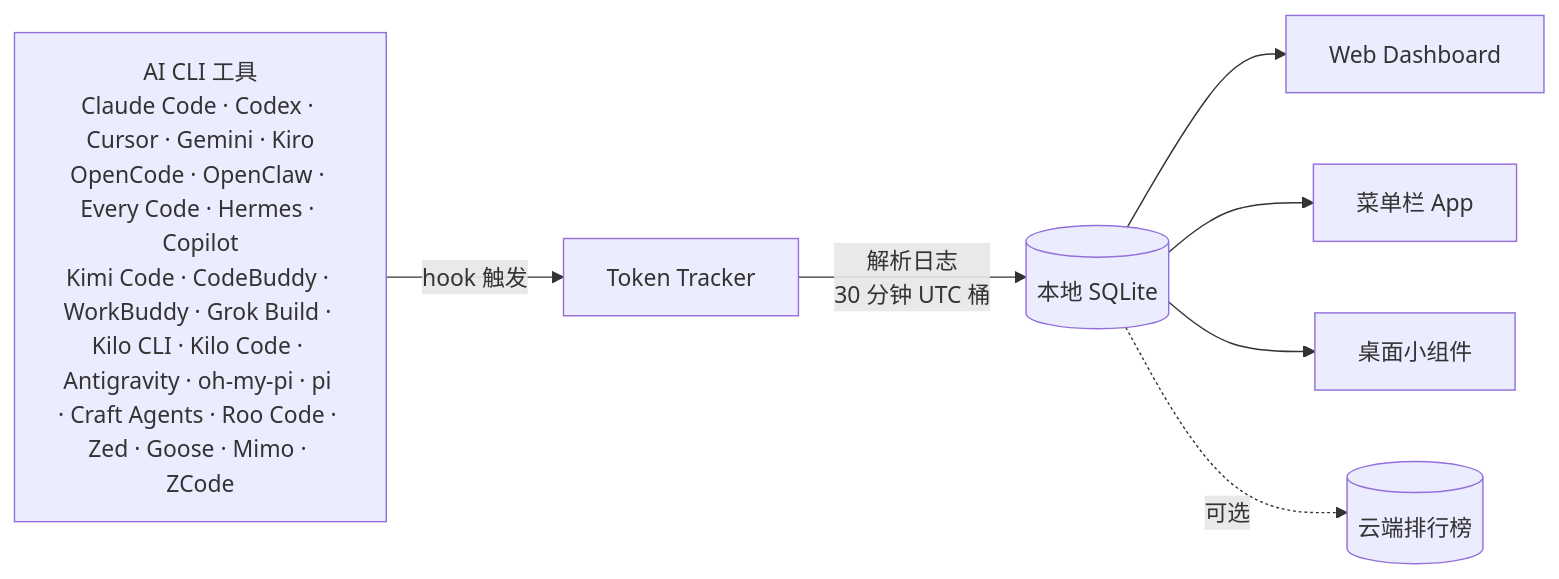
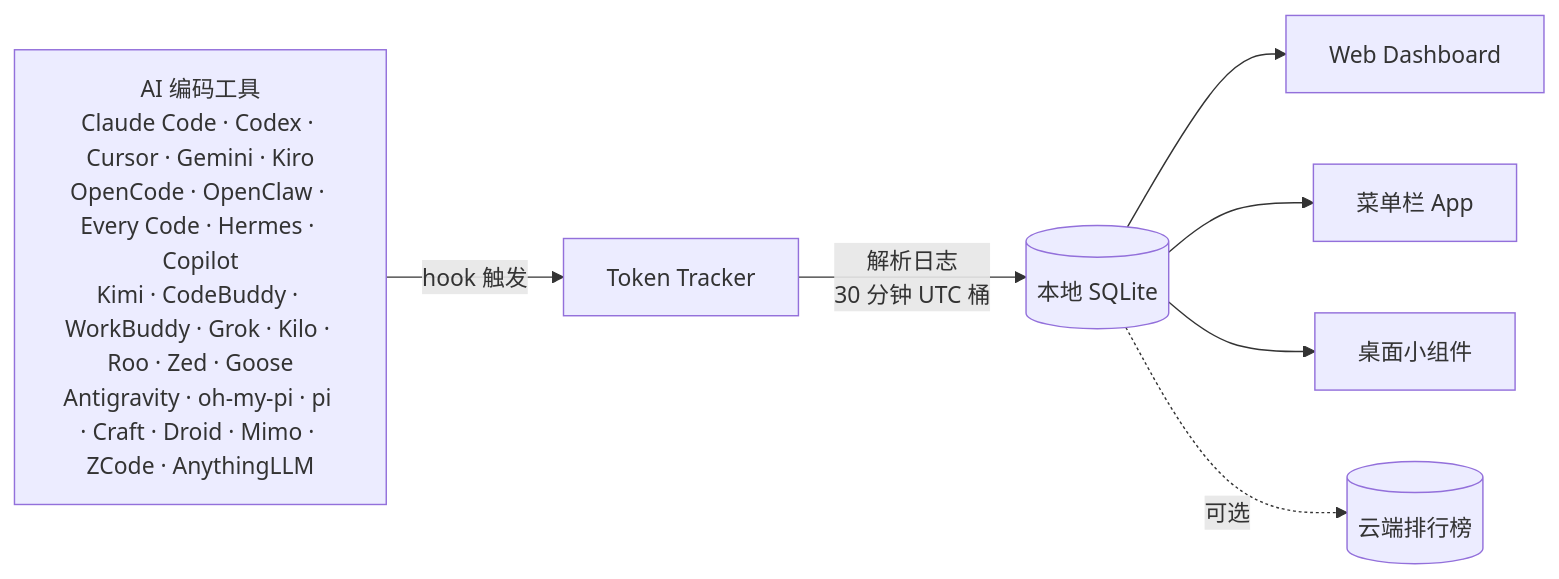
Before and after one commit to mm7894215/TokenTracker: the diagram in README.zh-CN.md, drawn with Mermaid. The commit also changed other lines of this file and 20 other files, not shown here.

````diff
--- a/README.zh-CN.md
+++ b/README.zh-CN.md
@@ -223,10 +225,10 @@
 ```mermaid
 flowchart LR
-    A["AI CLI 工具<br/>Claude Code · Codex · Cursor · Gemini · Kiro<br/>OpenCode · OpenClaw · Every Code · Hermes · Copilot<br/>Kimi Code · CodeBuddy · WorkBuddy · Grok Build · Kilo CLI · Kilo Code · <br/>Antigravity · oh-my-pi · pi · Craft Agents · Roo Code · Zed · Goose · Mimo · ZCode"]
+    A["AI 编码工具<br/>Claude Code · Codex · Cursor · Gemini · Kiro<br/>OpenCode · OpenClaw · Every Code · Hermes · Copilot<br/>Kimi · CodeBuddy · WorkBuddy · Grok · Kilo · Roo · Zed · Goose<br/>Antigravity · oh-my-pi · pi · Craft · Droid · Mimo · ZCode · AnythingLLM"]
     A -->|hook 触发| B[Token Tracker]
     B -->|解析日志<br/>30 分钟 UTC 桶| C[(本地 SQLite)]
     C --> D[Web Dashboard]
     C --> E[菜单栏 App]
     C --> F[桌面小组件]
     C -.->|可选| G[(云端排行榜)]
 ```
````
